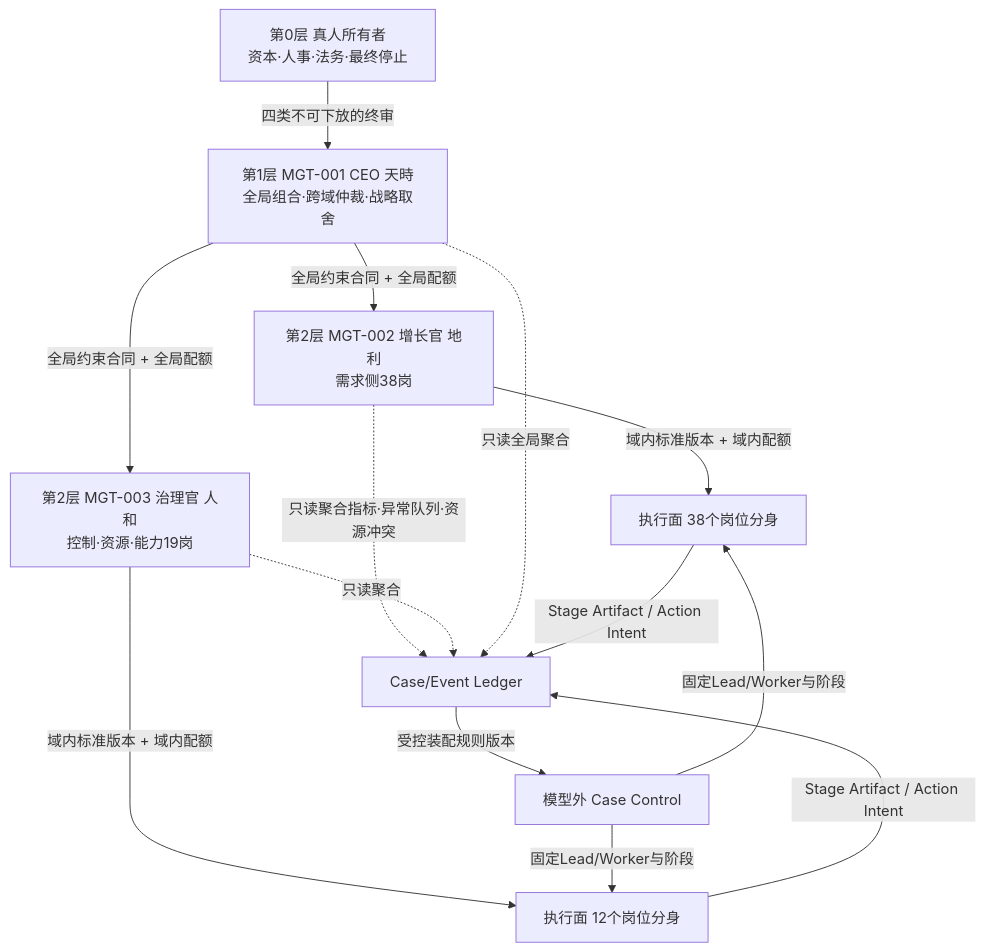
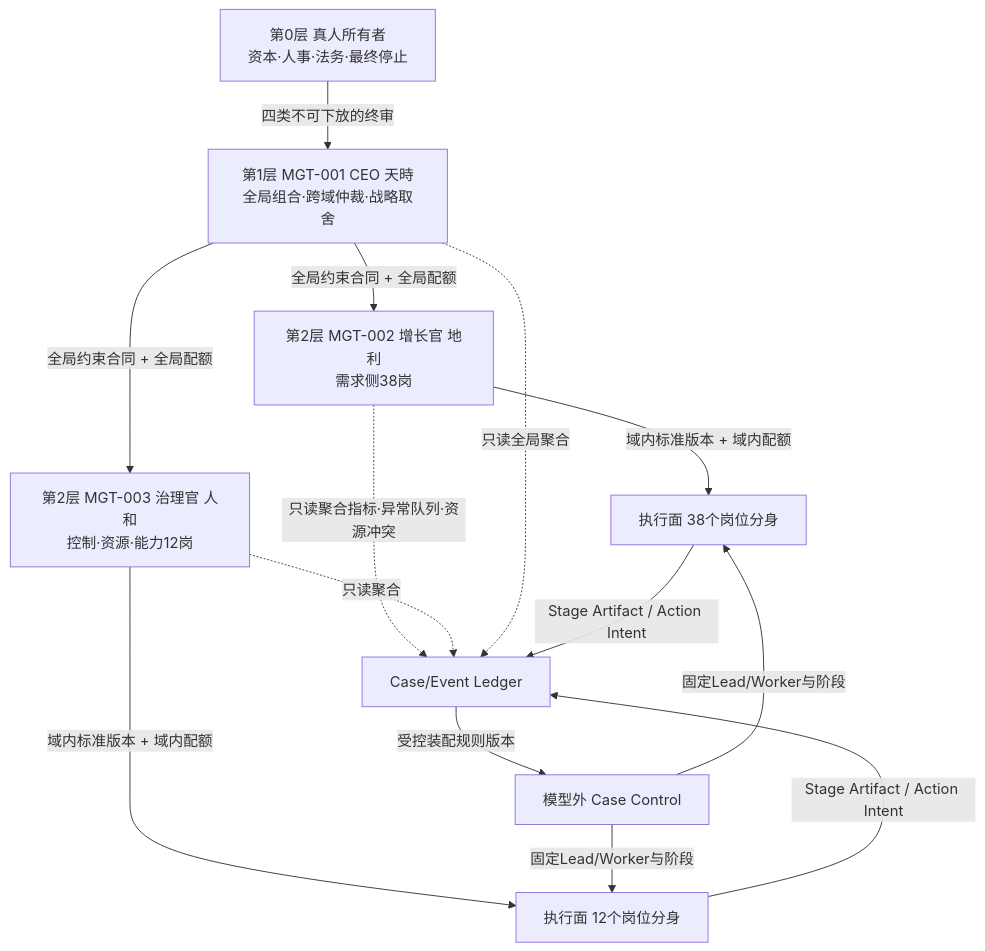
The diagram in docs/04-organization/MANAGEMENT-LAYER.md (zjgulai/AI-Native-Organization), drawn with Mermaid before and after one commit. The commit also changed 9 other files, not shown here.

First line of the commit message:
fix: 修正 6 类 8 处文档漂移并加知识图谱 CI 守卫

````diff
--- a/docs/04-organization/MANAGEMENT-LAYER.md
+++ b/docs/04-organization/MANAGEMENT-LAYER.md
@@ -47,21 +47,21 @@
 ```mermaid
 flowchart TB
   H["第0层 真人所有者<br/>资本·人事·法务·最终停止"]
   M1["第1层 MGT-001 CEO 天時<br/>全局组合·跨域仲裁·战略取舍"]
   M2["第2层 MGT-002 增长官 地利<br/>需求侧38岗"]
-  M3["第2层 MGT-003 治理官 人和<br/>控制·资源·能力19岗"]
+  M3["第2层 MGT-003 治理官 人和<br/>控制·资源·能力12岗"]
 
   H -->|四类不可下放的终审| M1
   M1 -->|全局约束合同 + 全局配额| M2
   M1 -->|全局约束合同 + 全局配额| M3
   M2 -->|域内标准版本 + 域内配额| E1["执行面 38个岗位分身"]
   M3 -->|域内标准版本 + 域内配额| E2["执行面 12个岗位分身"]
   M2 -.->|只读聚合指标·异常队列·资源冲突| L[Case/Event Ledger]
   M3 -.->|只读聚合| L
   M1 -.->|只读全局聚合| L
   E1 -->|Stage Artifact / Action Intent| L
   E2 -->|Stage Artifact / Action Intent| L
   L -->|受控装配规则版本| CC[模型外 Case Control]
   CC -->|固定Lead/Worker与阶段| E1
   CC -->|固定Lead/Worker与阶段| E2
 ```
````
